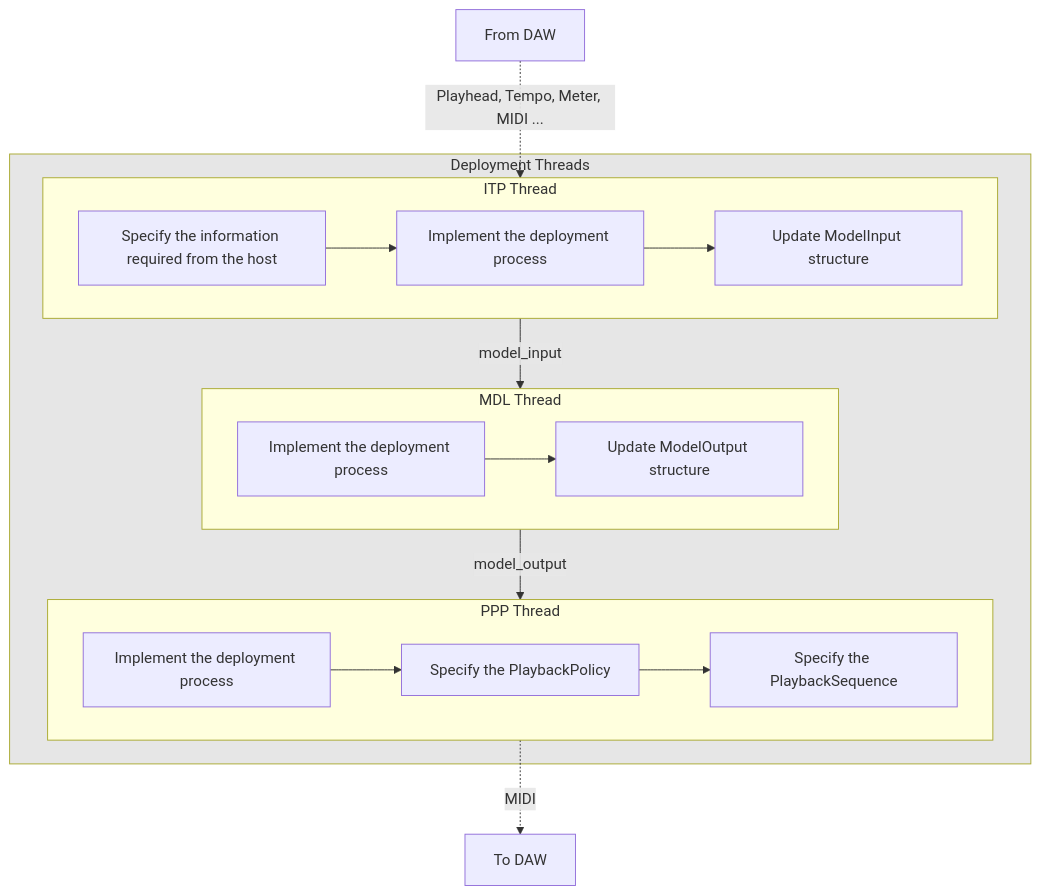
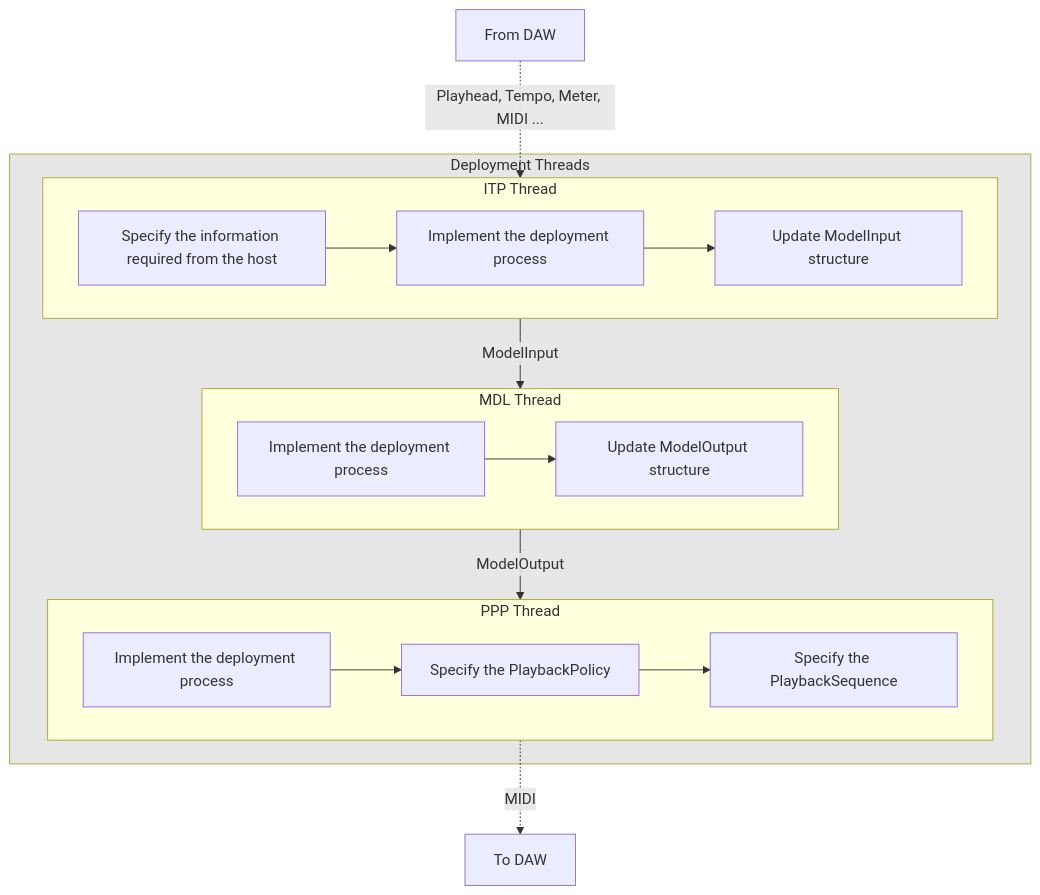
Before and after one commit to neuralmidifx/neuralmidifx.github.io: the diagram in docs/DeploymentThreads/DeploymentThreads.md, drawn with Mermaid.

Commit message:
Deployment Threads description

````diff
--- a/docs/DeploymentThreads/DeploymentThreads.md
+++ b/docs/DeploymentThreads/DeploymentThreads.md
@@ -22,35 +22,35 @@
 ```mermaid
 graph TD
     %% DAW
     DAW1["From DAW"]
     DAW2["To DAW"]
     
     %% DeploymentThreads 
     subgraph DeploymentThreads["Deployment Threads"]
         %% ITP Thread
         subgraph ITPThread["ITP Thread"]
             C1["Specify the information required from the host"] --> C2[Implement the deployment process]
             C2 --> C3[Update ModelInput structure]
         end
         
         %% MDL Thread
         subgraph MDLThread["MDL Thread"]
             D1[Implement the deployment process] --> D2[Update ModelOutput structure]
         end
         
         %% PPP Thread
         subgraph PPPThread["PPP Thread"]
             E1[Implement the deployment process] --> E2[Specify the PlaybackPolicy]
             E2 --> E3[Specify the PlaybackSequence]
         end
         
     end
 
     DAW1 -.->|Playhead, Tempo, Meter, MIDI ... | ITPThread
-    ITPThread -->|model_input| MDLThread
-    MDLThread -->|model_output| PPPThread
+    ITPThread -->|ModelInput| MDLThread
+    MDLThread -->|ModelOutput| PPPThread
     PPPThread -.->|MIDI| DAW2
 
     style DeploymentThreads fill:#e6e6e6
 
 ```
````
